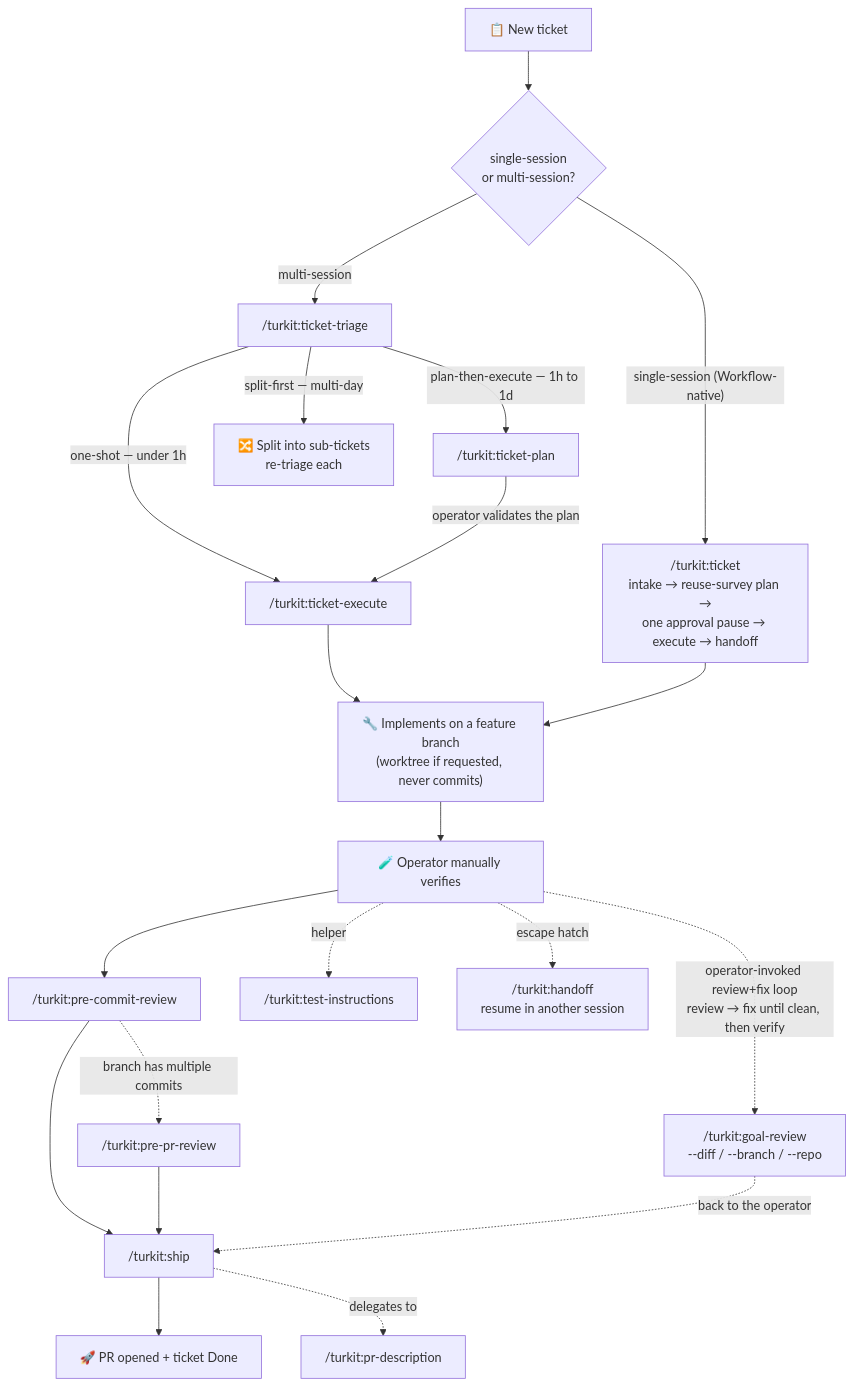
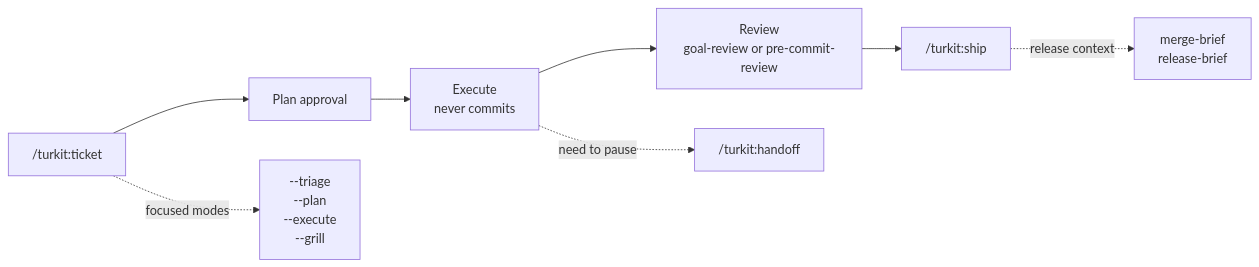
The diagram in README.md (alimtunc/turkit), drawn with Mermaid before and after one commit. The commit also changed other lines of this file and 29 other files, not shown here.

````diff
--- a/README.md
+++ b/README.md
@@ -44,28 +44,11 @@
 ```mermaid
-flowchart TD
-    A["📋 New ticket"] --> CHOICE{"single-session<br/>or multi-session?"}
+flowchart LR
+    T["/turkit:ticket"] --> A["Plan approval"]
+    A --> E["Execute<br/>never commits"]
+    E --> R["Review<br/>goal-review or pre-commit-review"]
+    R --> S["/turkit:ship"]
 
-    CHOICE -->|"single-session (Workflow-native)"| TK["/turkit:ticket<br/>intake → reuse-survey plan →<br/>one approval pause → execute → handoff"]
-    CHOICE -->|"multi-session"| T["/turkit:ticket-triage"]
-
-    T -->|"one-shot — under 1h"| E["/turkit:ticket-execute"]
-    T -->|"plan-then-execute — 1h to 1d"| P["/turkit:ticket-plan"]
-    T -->|"split-first — multi-day"| S["🔀 Split into sub-tickets<br/>re-triage each"]
-
-    P -->|"operator validates the plan"| E
-    E --> W["🔧 Implements on a feature branch<br/>(worktree if requested, never commits)"]
-    TK --> W
-    W --> V["🧪 Operator manually verifies"]
-
-    V -. "operator-invoked review+fix loop<br/>review → fix until clean, then verify" .-> GR["/turkit:goal-review<br/>--diff / --branch / --repo"]
-    V --> PCR["/turkit:pre-commit-review"]
-    PCR -. "branch has multiple commits" .-> PPR["/turkit:pre-pr-review"]
-    PCR --> SHIP["/turkit:ship"]
-    PPR --> SHIP
-    GR -. "back to the operator" .-> SHIP
-    SHIP --> DONE["🚀 PR opened + ticket Done"]
-
-    V -. "helper" .-> TI["/turkit:test-instructions"]
-    SHIP -. "delegates to" .-> PRD["/turkit:pr-description"]
-    V -. "escape hatch" .-> HO["/turkit:handoff<br/>resume in another session"]
+    T -. "focused modes" .-> F["--triage<br/>--plan<br/>--execute<br/>--grill"]
+    E -. "need to pause" .-> H["/turkit:handoff"]
+    S -. "release context" .-> B["merge-brief<br/>release-brief"]
 ```
````
